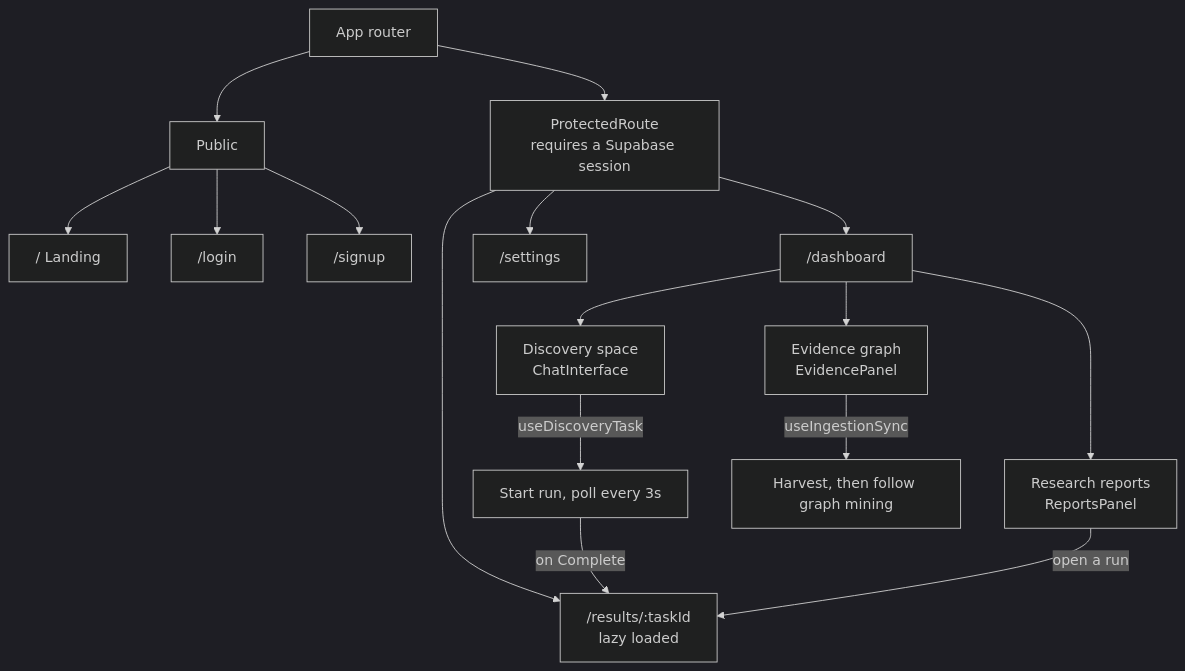
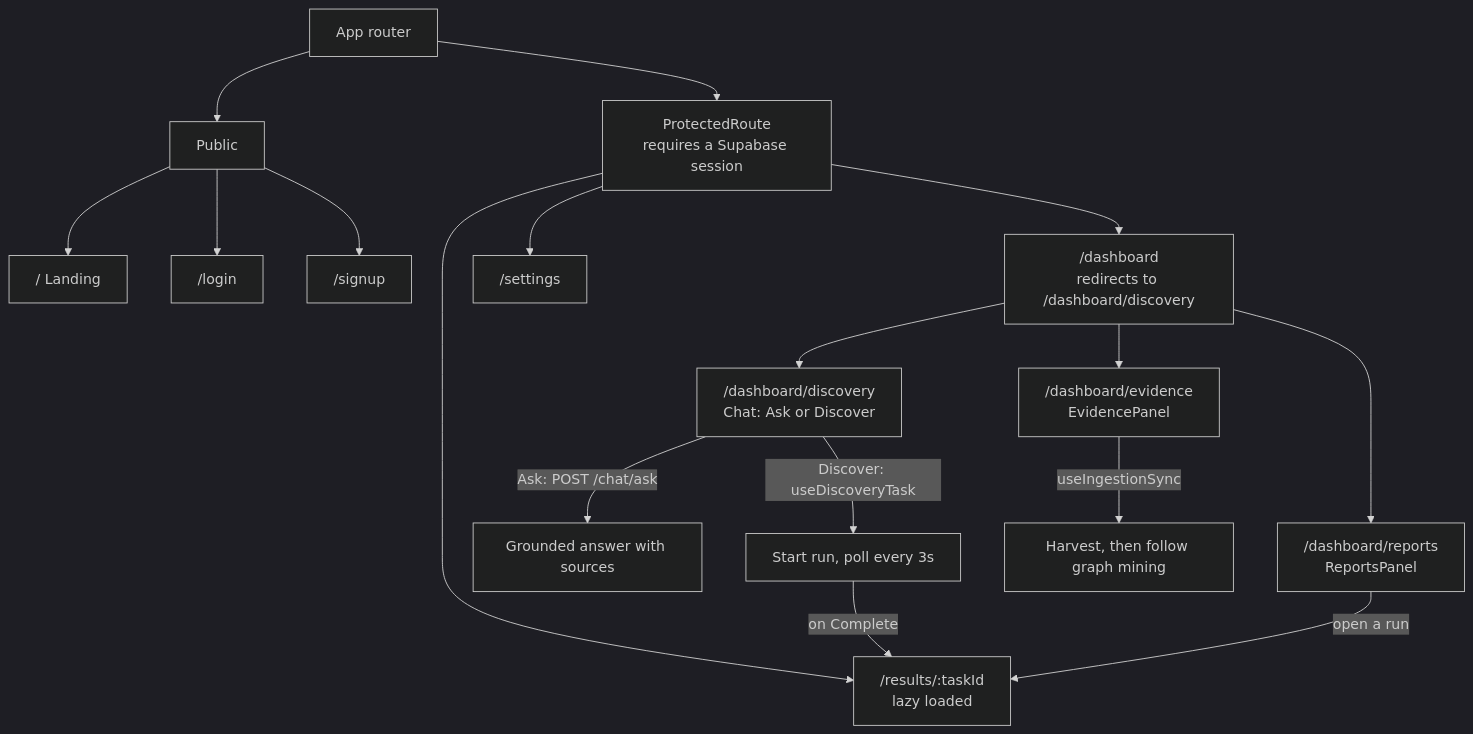
Before and after one commit to Rahul-8283/AURA_Data_Driven: diagram 22 of 29 in README.md, drawn with Mermaid (dark theme). The commit also changed other lines of this file and 1 other file, not shown here.

First line of the commit message:
docs: describe the Ask and Discover chat and the chat endpoint

````diff
--- a/README.md
+++ b/README.md
@@ -944,22 +947,23 @@
 ```mermaid
 flowchart TD
     app["App router"] --> pub["Public"]
     app --> prot["ProtectedRoute<br/>requires a Supabase session"]
 
     pub --> land["/ Landing"]
     pub --> login["/login"]
     pub --> signup["/signup"]
 
-    prot --> dash["/dashboard"]
+    prot --> dash["/dashboard<br/>redirects to /dashboard/discovery"]
     prot --> res["/results/:taskId<br/>lazy loaded"]
     prot --> set["/settings"]
 
-    dash --> chat["Discovery space<br/>ChatInterface"]
-    dash --> ev["Evidence graph<br/>EvidencePanel"]
-    dash --> rep["Research reports<br/>ReportsPanel"]
+    dash --> chat["/dashboard/discovery<br/>Chat: Ask or Discover"]
+    dash --> ev["/dashboard/evidence<br/>EvidencePanel"]
+    dash --> rep["/dashboard/reports<br/>ReportsPanel"]
 
-    chat -->|"useDiscoveryTask"| poll["Start run, poll every 3s"]
+    chat -->|"Ask: POST /chat/ask"| ans["Grounded answer with sources"]
+    chat -->|"Discover: useDiscoveryTask"| poll["Start run, poll every 3s"]
     poll -->|"on Complete"| res
     ev -->|"useIngestionSync"| ing["Harvest, then follow graph mining"]
     rep -->|"open a run"| res
 ```
````
